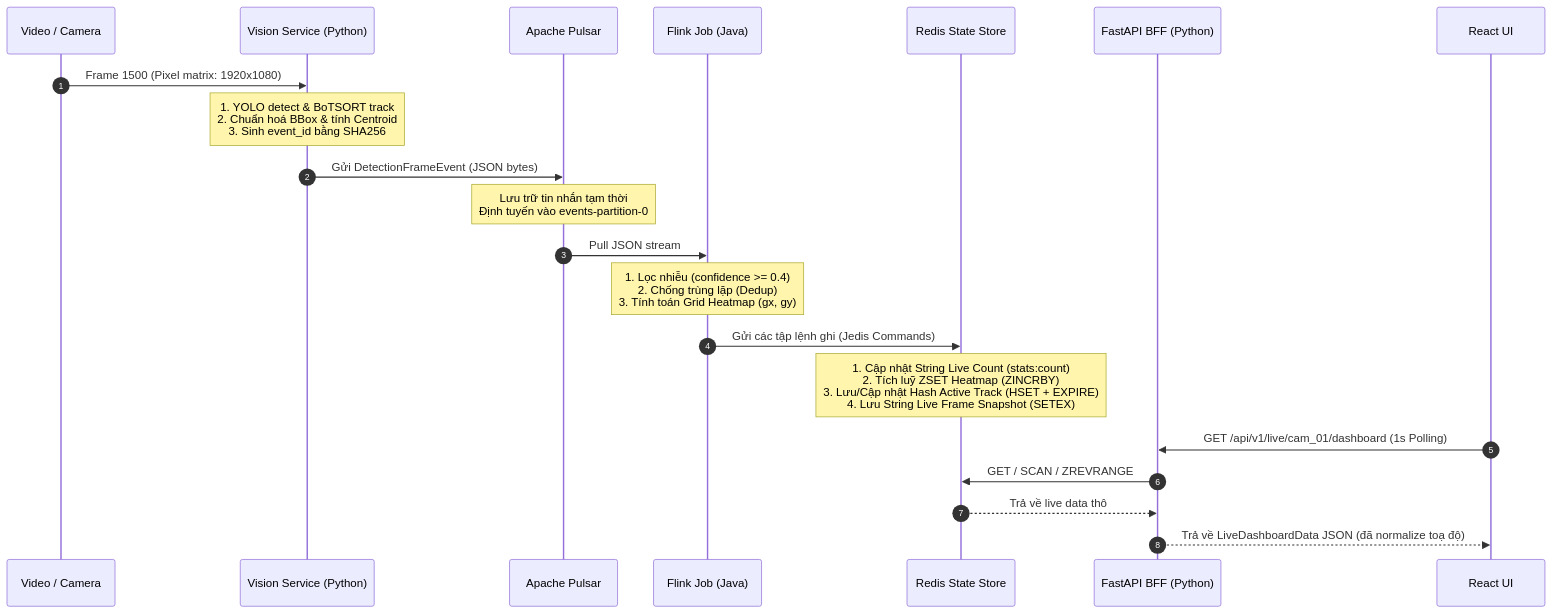
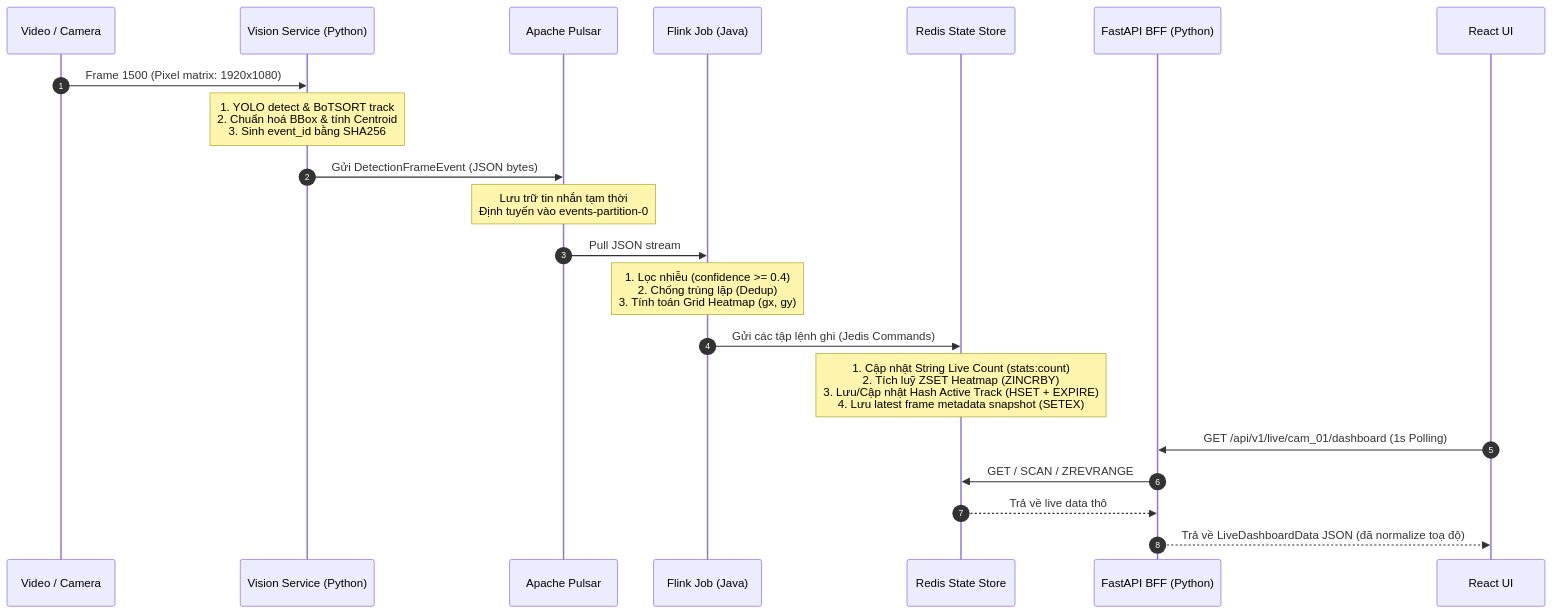
Before and after one commit to hungfnguyen/retail-video-analytics: the diagram in docs/mermaid/04_redis/01_event_transformation_example.md, drawn with Mermaid. The commit also changed 42 other files, not shown here.

````diff
--- a/docs/mermaid/04_redis/01_event_transformation_example.md
+++ b/docs/mermaid/04_redis/01_event_transformation_example.md
@@ -19,24 +19,24 @@
 ```mermaid
 sequenceDiagram
     autonumber
     participant Cam as Video / Camera
     participant Vision as Vision Service (Python)
     participant Pulsar as Apache Pulsar
     participant Flink as Flink Job (Java)
     participant Redis as Redis State Store
     participant API as FastAPI BFF (Python)
     participant UI as React UI
 
     Cam->>Vision: Frame 1500 (Pixel matrix: 1920x1080)
     Note over Vision: 1. YOLO detect & BoTSORT track<br/>2. Chuẩn hoá BBox & tính Centroid<br/>3. Sinh event_id bằng SHA256
     Vision->>Pulsar: Gửi DetectionFrameEvent (JSON bytes)
     Note over Pulsar: Lưu trữ tin nhắn tạm thời<br/>Định tuyến vào events-partition-0
     Pulsar->>Flink: Pull JSON stream
     Note over Flink: 1. Lọc nhiễu (confidence >= 0.4)<br/>2. Chống trùng lặp (Dedup)<br/>3. Tính toán Grid Heatmap (gx, gy)
     Flink->>Redis: Gửi các tập lệnh ghi (Jedis Commands)
-    Note over Redis: 1. Cập nhật String Live Count (stats:count)<br/>2. Tích luỹ ZSET Heatmap (ZINCRBY)<br/>3. Lưu/Cập nhật Hash Active Track (HSET + EXPIRE)<br/>4. Lưu String Live Frame Snapshot (SETEX)
+    Note over Redis: 1. Cập nhật String Live Count (stats:count)<br/>2. Tích luỹ ZSET Heatmap (ZINCRBY)<br/>3. Lưu/Cập nhật Hash Active Track (HSET + EXPIRE)<br/>4. Lưu latest frame metadata snapshot (SETEX)
     UI->>API: GET /api/v1/live/cam_01/dashboard (1s Polling)
     API->>Redis: GET / SCAN / ZREVRANGE
     Redis-->>API: Trả về live data thô
     API-->>UI: Trả về LiveDashboardData JSON (đã normalize toạ độ)
 ```
````
